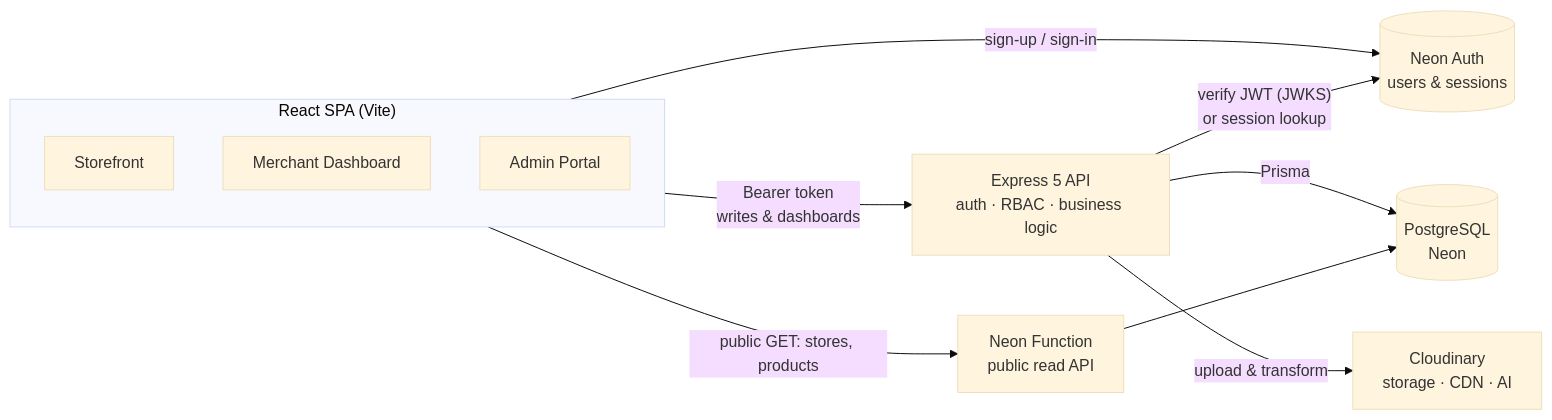
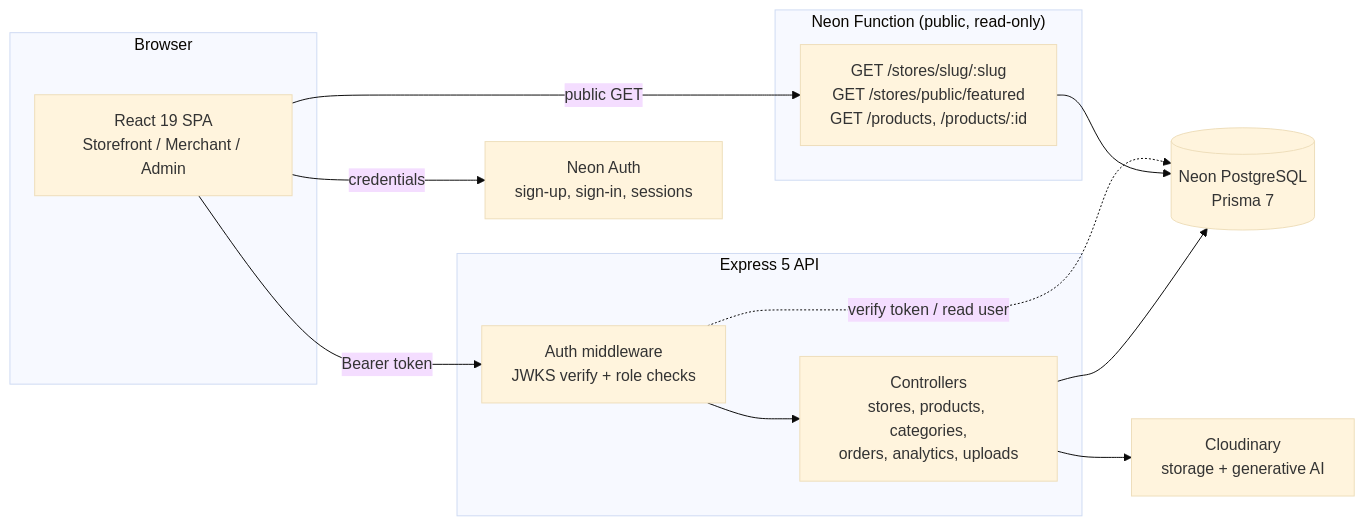
One commit to Ayush-verma25/Orbivo-E-Commerce-Platform-App changed the first of 2 diagrams in README.md. Above: the diagram before and after it, drawn with Mermaid (base theme). The commit also changed other lines of this file, not shown here.

````diff
--- a/README.md
+++ b/README.md
@@ -127,22 +127,29 @@
 ```mermaid
 flowchart LR
-    subgraph Client["React SPA (Vite)"]
-        SF[Storefront]
-        MD[Merchant Dashboard]
-        AD[Admin Portal]
+    subgraph Browser["Browser"]
+        SPA["React 19 SPA<br/>Storefront / Merchant / Admin"]
     end
 
-    NA[(Neon Auth<br/>users & sessions)]
-    NF[Neon Function<br/>public read API]
-    API[Express 5 API<br/>auth · RBAC · business logic]
-    DB[(PostgreSQL<br/>Neon)]
-    CDN[Cloudinary<br/>storage · CDN · AI]
+    NAuth["Neon Auth<br/>sign-up, sign-in, sessions"]
 
-    Client -- "sign-up / sign-in" --> NA
-    Client -- "public GET: stores, products" --> NF
-    Client -- "Bearer token<br/>writes & dashboards" --> API
-    NF --> DB
-    API -- "Prisma" --> DB
-    API -- "verify JWT (JWKS)<br/>or session lookup" --> NA
-    API -- "upload & transform" --> CDN
+    subgraph Edge["Neon Function (public, read-only)"]
+        PF["GET /stores/slug/:slug<br/>GET /stores/public/featured<br/>GET /products, /products/:id"]
+    end
+
+    subgraph API["Express 5 API"]
+        MW["Auth middleware<br/>JWKS verify + role checks"]
+        CT["Controllers<br/>stores, products, categories,<br/>orders, analytics, uploads"]
+    end
+
+    DB[("Neon PostgreSQL<br/>Prisma 7")]
+    CL["Cloudinary<br/>storage + generative AI"]
+
+    SPA -- "credentials" --> NAuth
+    SPA -- "public GET" --> PF
+    SPA -- "Bearer token" --> MW
+    MW --> CT
+    MW -. "verify token / read user" .-> DB
+    PF --> DB
+    CT --> DB
+    CT --> CL
 ```
````
